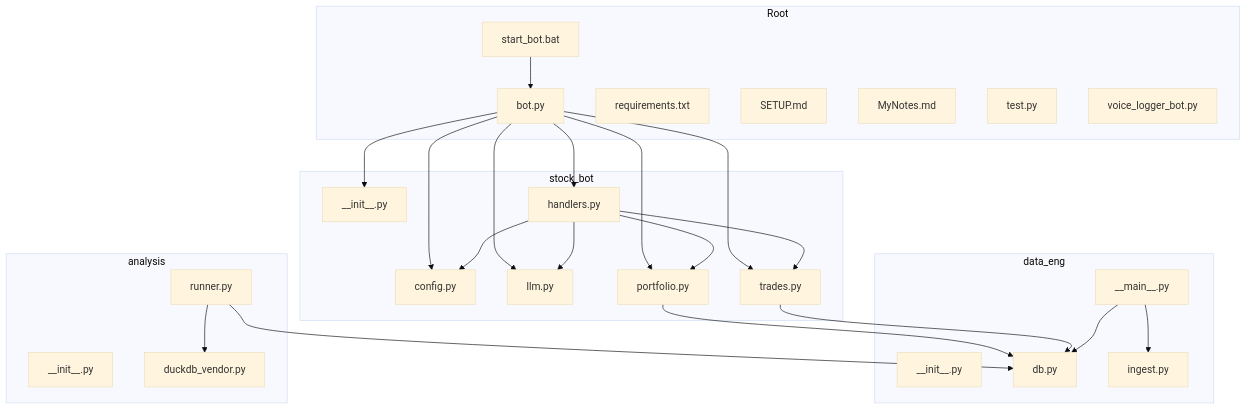
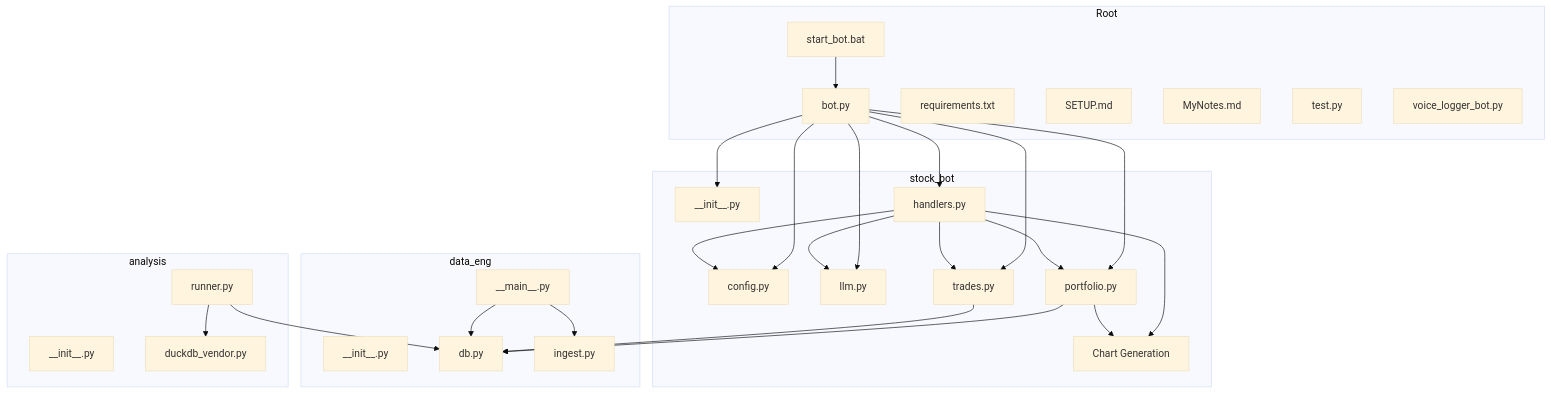
Before and after one commit to ZengSeng/telegram-bot: the first of 6 diagrams in .qoder/repowiki/en/content/Core Components/Stock Trading Bot.md, drawn with Mermaid (base theme). The commit also changed other lines of this file and 9 other files, not shown here.

````diff
--- a/.qoder/repowiki/en/content/Core Components/Stock Trading Bot.md
+++ b/.qoder/repowiki/en/content/Core Components/Stock Trading Bot.md
@@ -60,48 +68,51 @@
 ```mermaid
 graph TB
 subgraph "Root"
 BOT["bot.py"]
 REQ["requirements.txt"]
 SETUP["SETUP.md"]
 NOTES["MyNotes.md"]
 TEST["test.py"]
 VOICE["voice_logger_bot.py"]
 STARTBAT["start_bot.bat"]
 end
 subgraph "stock_bot"
 SB_INIT["__init__.py"]
 CFG["config.py"]
 HND["handlers.py"]
 LLM["llm.py"]
 PORTFOLIO["portfolio.py"]
 TRADES["trades.py"]
+CHARTS["Chart Generation"]
 end
 subgraph "data_eng"
 DE_INIT["__init__.py"]
 DE_MAIN["__main__.py"]
 DB["db.py"]
 INGEST["ingest.py"]
 end
 subgraph "analysis"
 AN_INIT["__init__.py"]
 DUCK["duckdb_vendor.py"]
 RUN["runner.py"]
 end
 BOT --> SB_INIT
 BOT --> HND
 BOT --> CFG
 BOT --> LLM
 BOT --> PORTFOLIO
 BOT --> TRADES
 HND --> PORTFOLIO
 HND --> TRADES
 HND --> LLM
 HND --> CFG
+HND --> CHARTS
 PORTFOLIO --> DB
 TRADES --> DB
+PORTFOLIO --> CHARTS
 DE_MAIN --> INGEST
 DE_MAIN --> DB
 RUN --> DUCK
 RUN --> DB
 STARTBAT --> BOT
 ```
````
